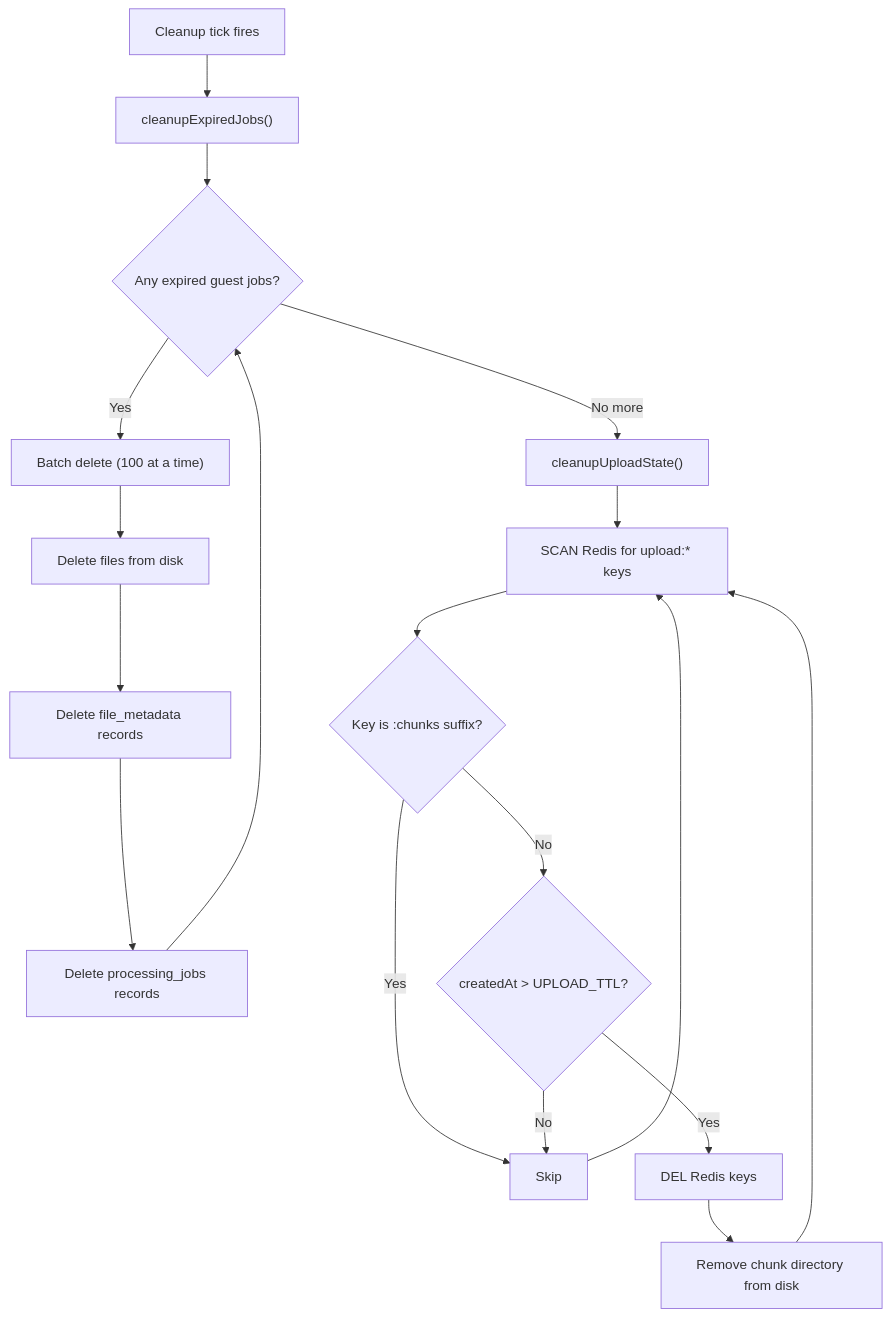
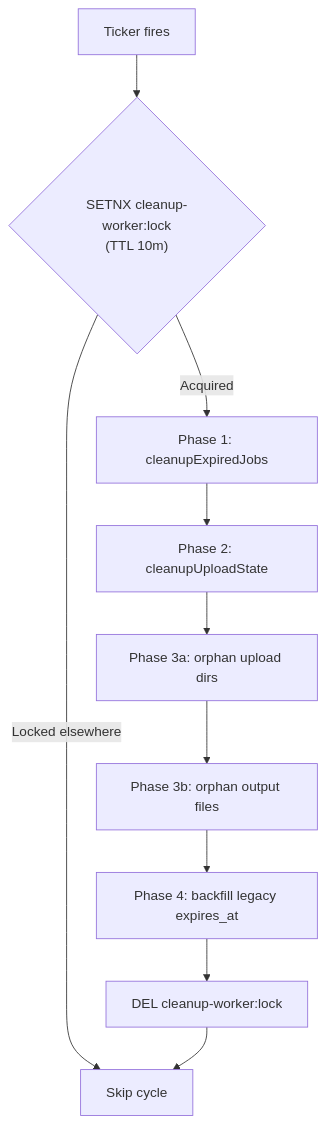
The sixth of 7 diagrams in docs/developer/mermaid/service-cleanup-worker-sequence.md (Prachidubey2003/fyredocs_backend), drawn with Mermaid before and after one commit. The commit also changed other lines of this file and 39 other files, not shown here.

````diff
--- a/docs/developer/mermaid/service-cleanup-worker-sequence.md
+++ b/docs/developer/mermaid/service-cleanup-worker-sequence.md
@@ -104,21 +158,12 @@
 ```mermaid
 flowchart TD
-    A["Cleanup tick fires"] --> B["cleanupExpiredJobs()"]
-    B --> C{"Any expired guest jobs?"}
-    C -->|Yes| D["Batch delete (100 at a time)"]
-    D --> E["Delete files from disk"]
-    E --> F["Delete file_metadata records"]
-    F --> G["Delete processing_jobs records"]
-    G --> C
-    C -->|No more| H["cleanupUploadState()"]
-
-    H --> I["SCAN Redis for upload:* keys"]
-    I --> J{"Key is :chunks suffix?"}
-    J -->|Yes| K["Skip"]
-    J -->|No| L{"createdAt > UPLOAD_TTL?"}
-    L -->|No| K
-    L -->|Yes| M["DEL Redis keys"]
-    M --> N["Remove chunk directory from disk"]
-    N --> I
-    K --> I
+    A["Ticker fires"] --> B{"SETNX cleanup-worker:lock<br/>(TTL 10m)"}
+    B -->|Locked elsewhere| Z["Skip cycle"]
+    B -->|Acquired| C["Phase 1: cleanupExpiredJobs"]
+    C --> D["Phase 2: cleanupUploadState"]
+    D --> E["Phase 3a: orphan upload dirs"]
+    E --> F["Phase 3b: orphan output files"]
+    F --> G["Phase 4: backfill legacy expires_at"]
+    G --> H["DEL cleanup-worker:lock"]
+    H --> Z
 ```
````
